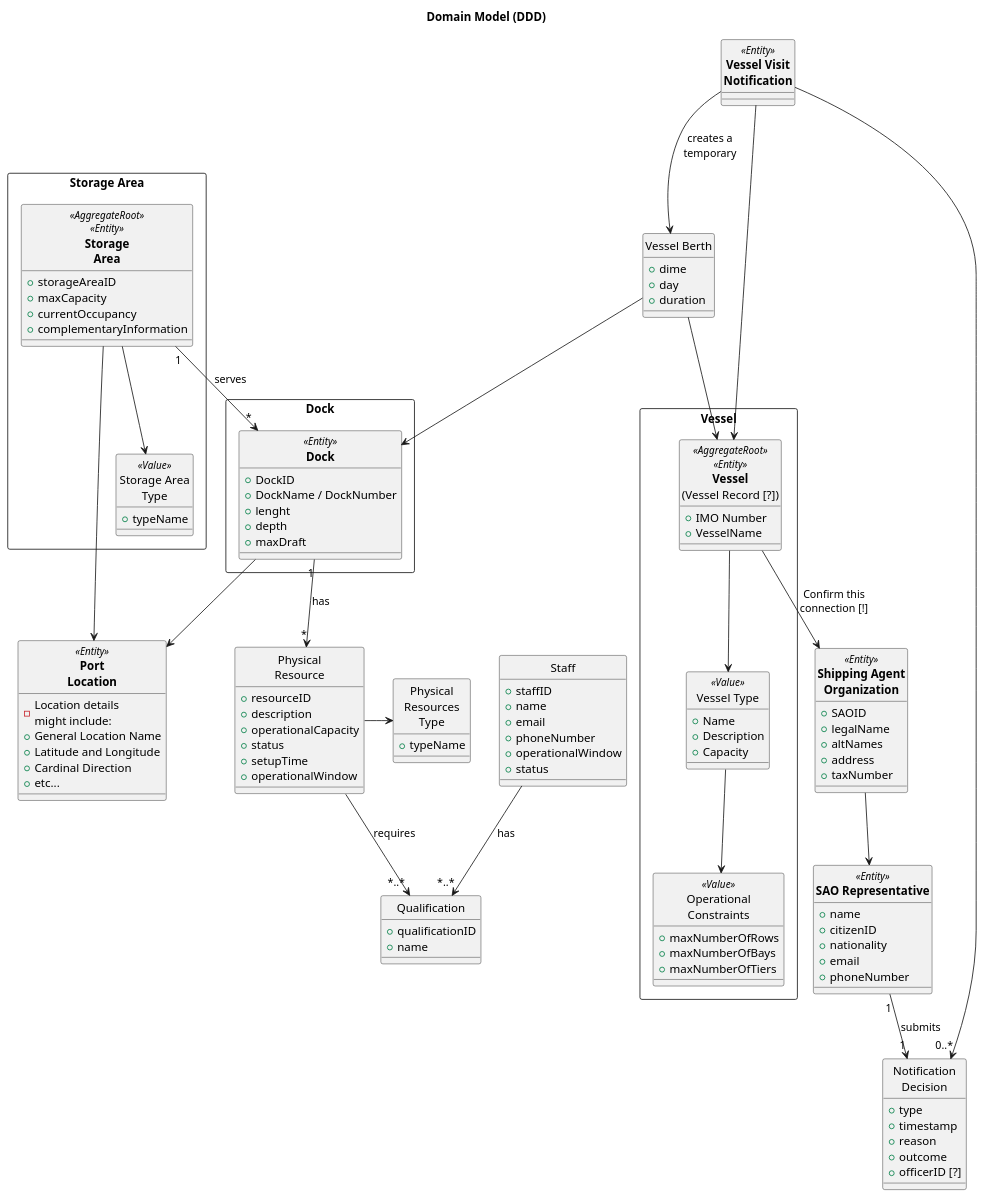
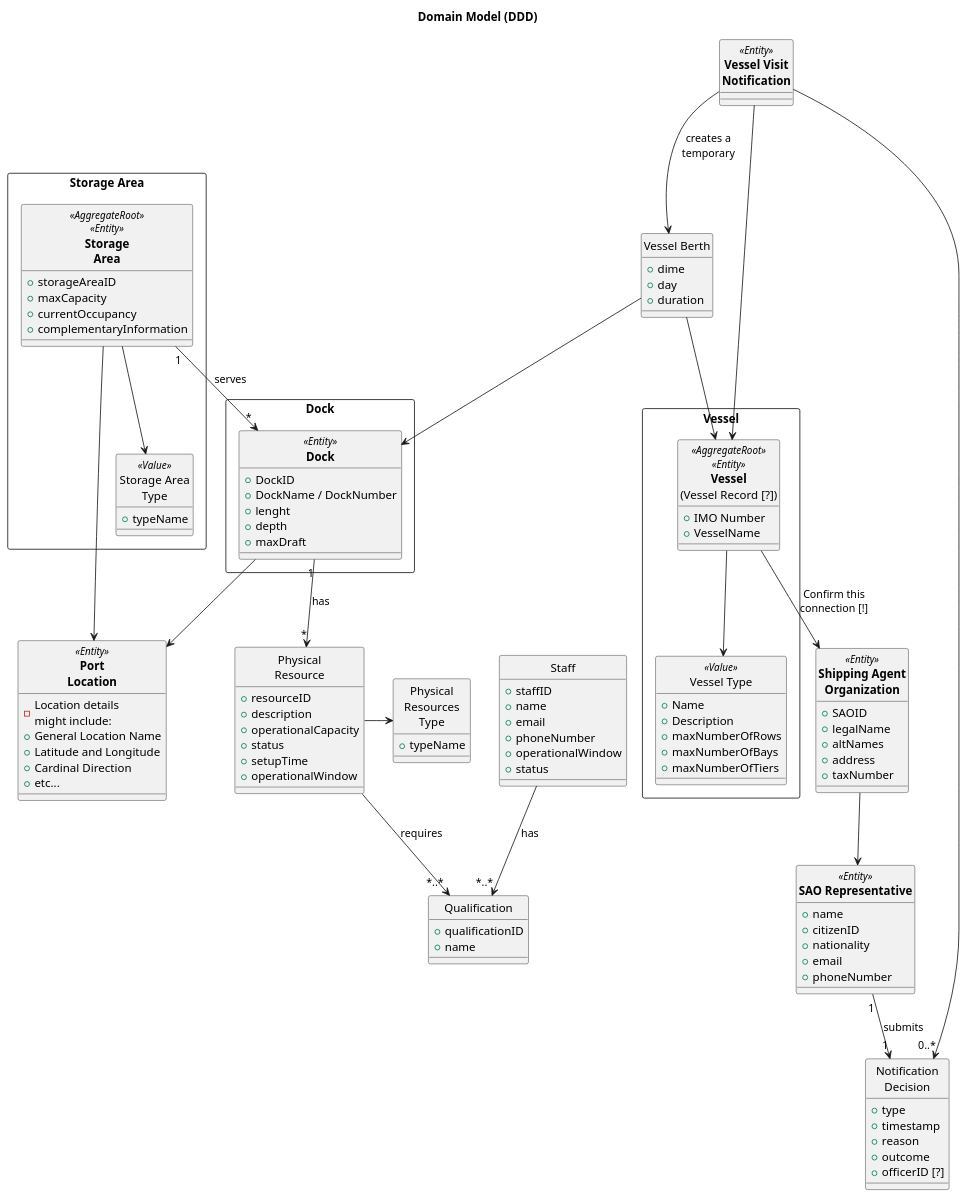
Before and after one commit to BernasDzn/portit: the diagram in docs/sprint_1/global_artifacts/domain/domain_model.puml, drawn with PlantUML.

Commit message:
docs(domain): remove redundant capacity field
docs: #24

```diff
--- a/docs/sprint_1/global_artifacts/domain/domain_model.puml
+++ b/docs/sprint_1/global_artifacts/domain/domain_model.puml
@@ -1,155 +1,149 @@
 @startuml domain_model
 title Domain Model (DDD)
 hide circle
 
 rectangle "Vessel" {
 	class "**Vessel**\n(Vessel Record [?])" as vessel <<AggregateRoot>><<Entity>>
 	{
 		+ IMO Number
 		+ VesselName
 	}
 
 	class "Vessel Type" as vessel_type <<Value>>
 	{
 		+ Name
 		+ Description
-		+ Capacity
-	}
-
-	class "Operational\nConstraints" as op_constraints <<Value>>
-	{
 		+ maxNumberOfRows
 		+ maxNumberOfBays
 		+ maxNumberOfTiers
 	}
 
 	vessel --> vessel_type
-	vessel_type --> op_constraints
 }
 
 class "Physical\nResource" as phys_res
 {
 	+ resourceID
 	+ description
 	+ operationalCapacity
 	+ status
 	+ setupTime
 	+ operationalWindow
 }
 
 class "Physical\nResources\nType" as phys_res_type
 {
 	+ typeName
 }
 
 class "Qualification" as quali
 {
 	+ qualificationID
 	+ name
 }
 
 class "Staff" as staff
 {
 	+ staffID
 	+ name
 	+ email
 	+ phoneNumber
 	+ operationalWindow
 	+ status
 }
 
 rectangle "Dock" {
 	class "**Dock**" as dock <<Entity>>
 	{
 		+ DockID
 		+ DockName / DockNumber
 		+ lenght
 		+ depth
 		+ maxDraft
 	}
 
 	dock "1" --> "*" phys_res : "has"
 }
 
 class "**Port**\n**Location**" as port_loc <<Entity>>
 {
 	- Location details \nmight include:
 	+ General Location Name
 	+ Latitude and Longitude
 	+ Cardinal Direction
 	+ etc...
 }
 
 rectangle "Storage Area"{
 	
 	class "**Storage**\n**Area**" as storage_area <<AggregateRoot>><<Entity>>
 	{
 		+ storageAreaID
 		+ maxCapacity
 		+ currentOccupancy
 		+ complementaryInformation
 	}
 
 	class "Storage Area\nType" as storage_area_type <<Value>>{
 		+ typeName
 	}
 
 	storage_area --> storage_area_type
 	storage_area --> port_loc
 	storage_area "1" --> "*" dock : "serves"
 }
 
 class "**Shipping Agent**\n**Organization**" as SAO <<Entity>>
 {
 	+ SAOID
 	+ legalName
 	+ altNames
 	+ address
 	+ taxNumber
 }
 
 class "**SAO Representative**" as SAO_rep <<Entity>>
 {
 	+ name
 	+ citizenID
 	+ nationality
 	+ email
 	+ phoneNumber
 }
 
 class "**Vessel Visit**\n**Notification**" as vesel_visit_notif <<Entity>>
 {
 }
 class "Vessel Berth" as vessel_berth
 {
 	+ dime
 	+ day
 	+ duration
 }
 
 class "Notification\nDecision" as notif_dec
 {
 	+ type
 	+ timestamp
 	+ reason
 	+ outcome
 	+ officerID [?]
 }
 
 phys_res -> phys_res_type
 phys_res --> "*..*" quali : "requires"
 staff --> "*..*" quali : "has"
 
 vesel_visit_notif -> "0..*" notif_dec
 vesel_visit_notif --> vessel_berth : "creates a\ntemporary"
 vesel_visit_notif --> vessel
 vessel_berth --> vessel
 vessel_berth --> dock
 
 SAO_rep "1" --> "1" notif_dec : "submits"
 
 vessel --> SAO : "Confirm this\nconnection [!]"
 dock --> port_loc
 SAO --> SAO_rep
 
 @enduml
```
